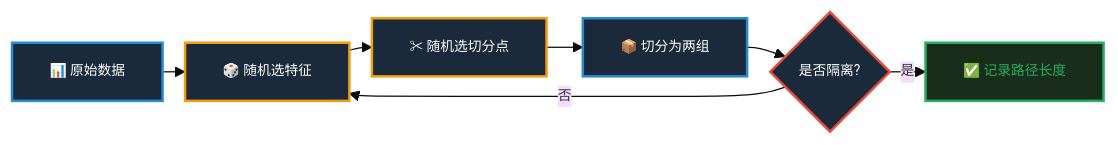
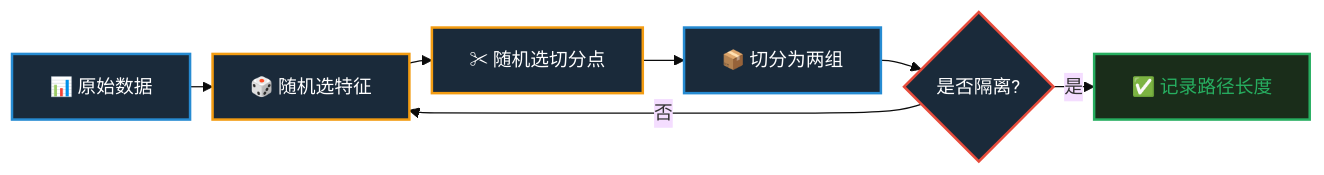
Before and after one commit to YangYibiao/yangyibiao.github.io: the diagram in cpl/slides/datamining/04_isolation_forest.md, drawn with Mermaid. The commit also changed other lines of this file and 9 other files, not shown here.

````diff
--- a/cpl/slides/datamining/04_isolation_forest.md
+++ b/cpl/slides/datamining/04_isolation_forest.md
@@ -325,18 +319,18 @@
 ```mermaid
-%%{init: { 'theme': 'base', 'themeVariables': { 'fontSize': '11px' }, 'flowchart': { 'htmlLabels': true, 'nodeSpacing': 12, 'rankSpacing': 18 } } }%%
+%%{init: { 'theme': 'base', 'themeVariables': { 'fontSize': '15px' }, 'flowchart': { 'htmlLabels': true, 'nodeSpacing': 12, 'rankSpacing': 18 } } }%%
 flowchart LR
     A["📊 原始数据"]
     --> B["🎲 随机选特征"]
     --> C["✂ 随机选切分点"]
     --> D["📦 切分为两组"]
     --> E{"是否隔离?"}
     E -->|否| B
     E -->|是| F["✅ 记录路径长度"]
 
     style A fill:#1a2a3a,stroke:#268bd2,stroke-width:2px,color:#fff
     style B fill:#1a2a3a,stroke:#f39c12,stroke-width:2px,color:#fff
     style C fill:#1a2a3a,stroke:#f39c12,stroke-width:2px,color:#fff
     style D fill:#1a2a3a,stroke:#268bd2,stroke-width:2px,color:#fff
     style E fill:#1a2a3a,stroke:#e74c3c,stroke-width:2px,color:#fff
     style F fill:#1a2d1a,stroke:#27ae60,stroke-width:2px,color:#27ae60
 ```
````
